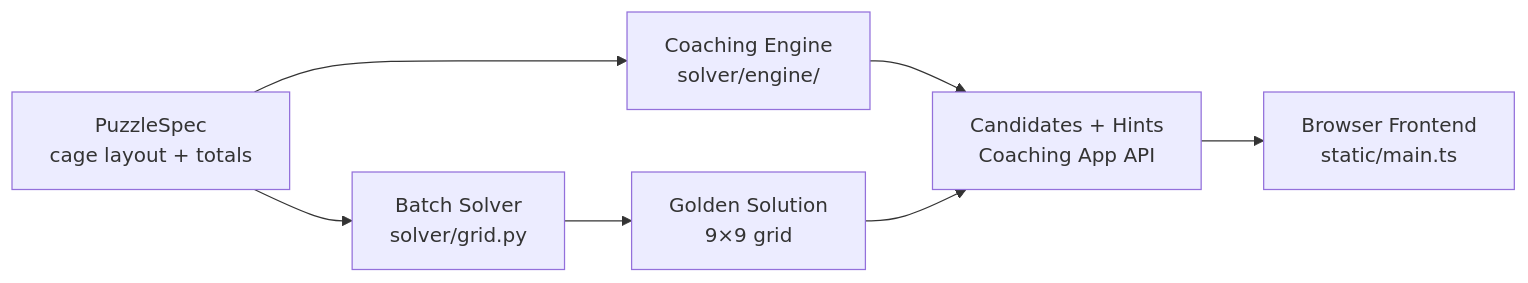
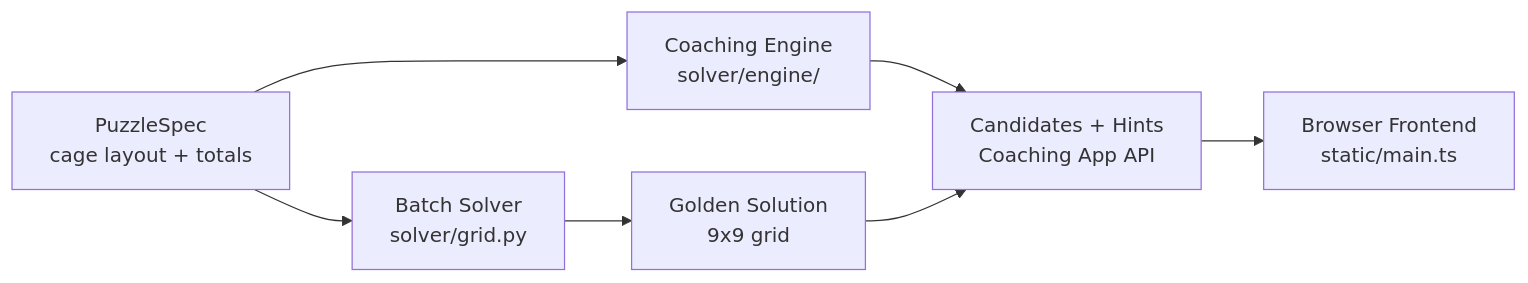
Before and after one commit to gbarrett28/cagedoku: the third of 3 diagrams in docs/architecture.md, drawn with Mermaid. The commit also changed other lines of this file and 9 other files, not shown here.

First line of the commit message:
docs: restructure architecture.md; add image-pipeline.md; delete completed specs

````diff
--- a/docs/architecture.md
+++ b/docs/architecture.md
@@ -544,9 +242,9 @@
 ```mermaid
 flowchart LR
     A[PuzzleSpec\ncage layout + totals] --> B[Batch Solver\nsolver/grid.py]
     A --> C[Coaching Engine\nsolver/engine/]
-    B --> D[Golden Solution\n9×9 grid]
+    B --> D[Golden Solution\n9x9 grid]
     C --> E[Candidates + Hints\nCoaching App API]
     D --> E
     E --> F[Browser Frontend\nstatic/main.ts]
 ```
````
